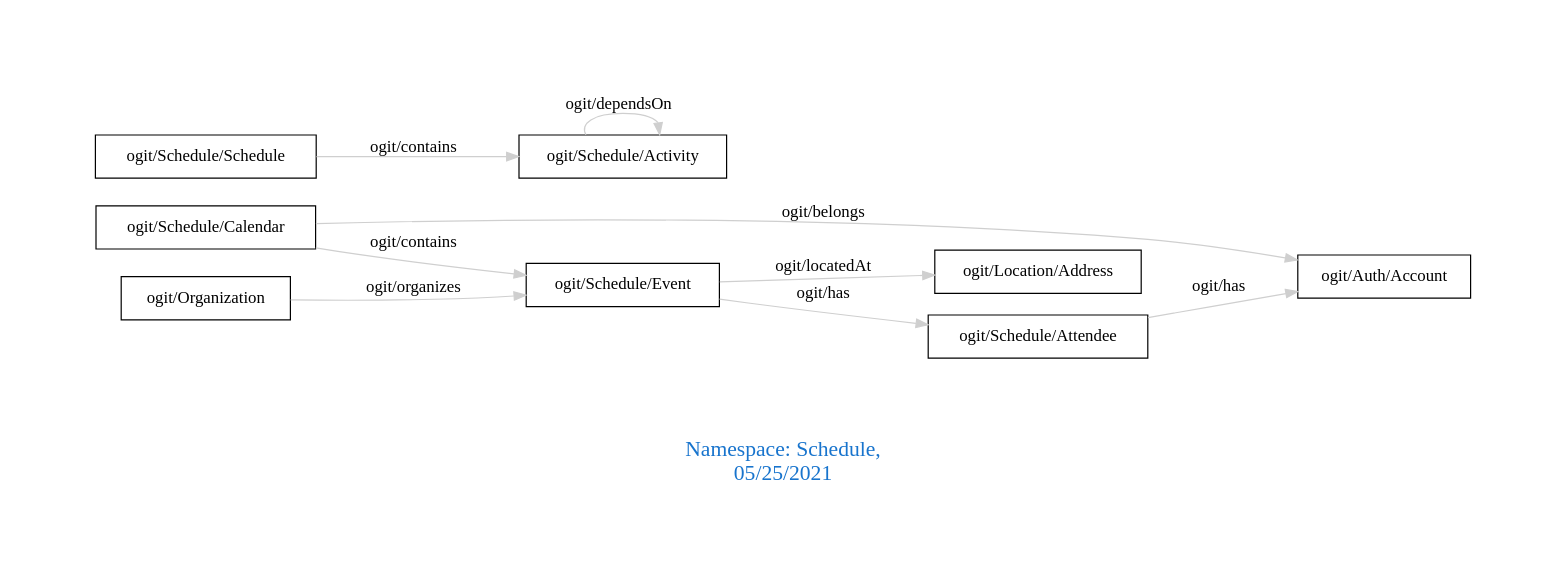
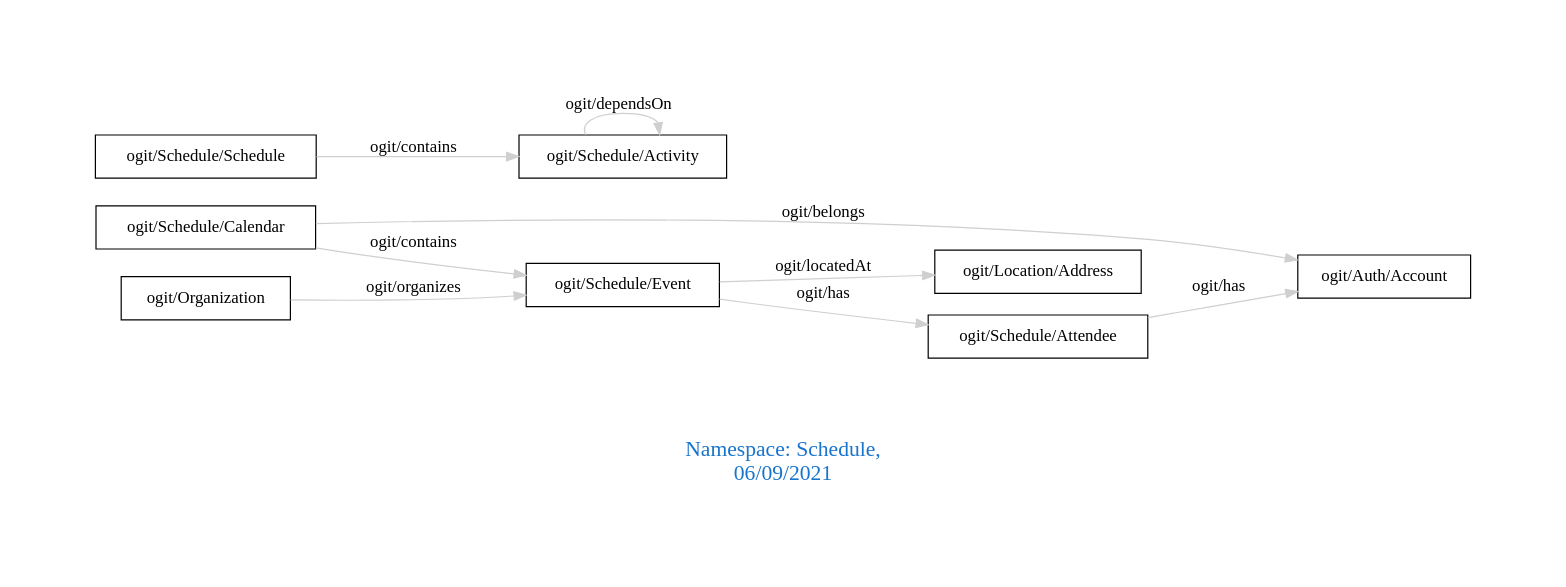
The diagram in downloads/Schedule.dot (arago/OGIT), drawn with Graphviz before and after one commit. The commit also changed 1909 other files, not shown here.

```diff
--- a/downloads/Schedule.dot
+++ b/downloads/Schedule.dot
@@ -1,16 +1,16 @@
 digraph OGIT_ontology {
  graph [ rankdir= LR,pad=1 
 fontsize = 18,
-fontcolor= dodgerblue3,label = "\n\n\nNamespace: Schedule, \n 05/25/2021"];
+fontcolor= dodgerblue3,label = "\n\n\nNamespace: Schedule, \n 06/09/2021"];
 node[shape=polygon];
 edge [  color="gray81"];
 
    "ogit/Schedule/Calendar" -> "ogit/Schedule/Event" [label="   ogit/contains    "];
    "ogit/Schedule/Schedule" -> "ogit/Schedule/Activity" [label="   ogit/contains    "];
    "ogit/Schedule/Event" -> "ogit/Location/Address" [label="   ogit/locatedAt    "];
    "ogit/Organization" -> "ogit/Schedule/Event" [label="   ogit/organizes    "];
    "ogit/Schedule/Calendar" -> "ogit/Auth/Account" [label="   ogit/belongs    "];
    "ogit/Schedule/Attendee" -> "ogit/Auth/Account" [label="   ogit/has    "];
    "ogit/Schedule/Event" -> "ogit/Schedule/Attendee" [label="   ogit/has    "];
    "ogit/Schedule/Activity" -> "ogit/Schedule/Activity" [label="   ogit/dependsOn    "];
 }
```
